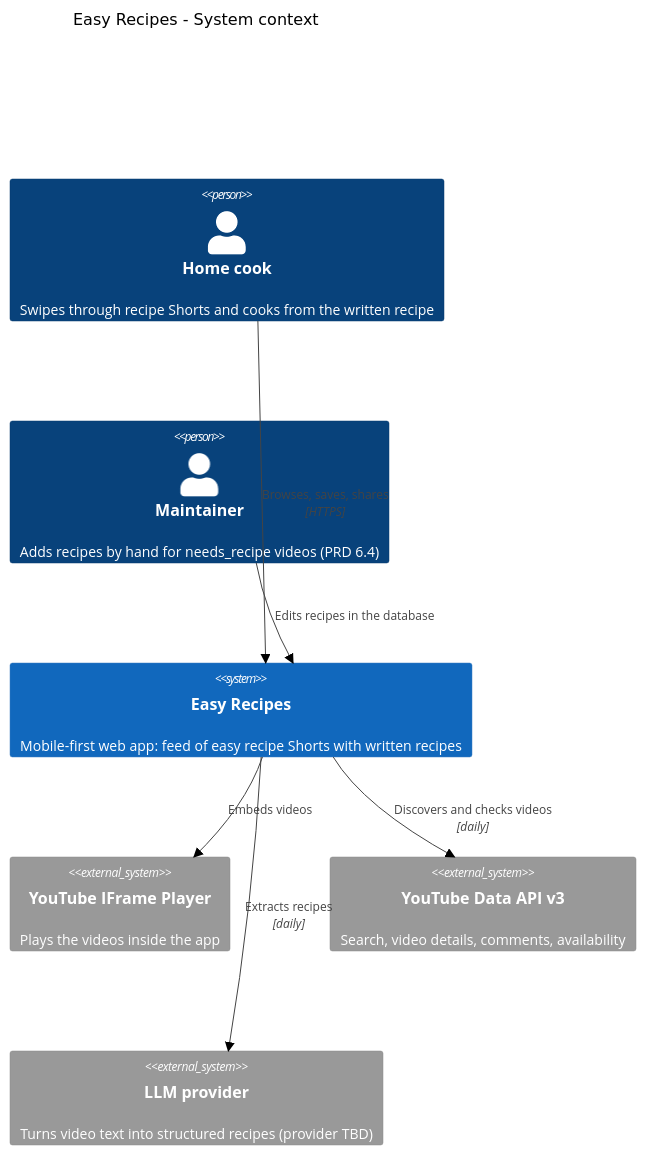
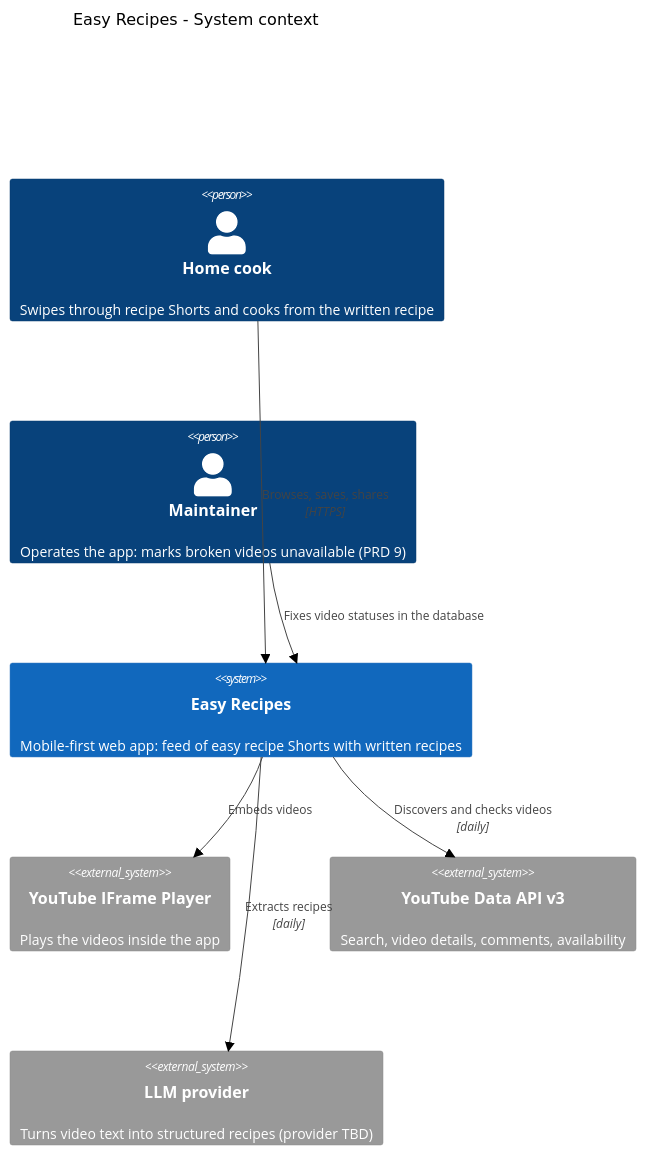
Before and after one commit to jpabloaljure/recipe: the diagram in docs/architecture/c4/01-system-context.md, drawn with Mermaid (forest theme). The commit also changed 11 other files, not shown here.

````diff
--- a/docs/architecture/c4/01-system-context.md
+++ b/docs/architecture/c4/01-system-context.md
@@ -7,19 +7,19 @@
 ```mermaid
 C4Context
   title Easy Recipes - System context
 
   Person(cook, "Home cook", "Swipes through recipe Shorts and cooks from the written recipe")
-  Person(maint, "Maintainer", "Adds recipes by hand for needs_recipe videos (PRD 6.4)")
+  Person(maint, "Maintainer", "Operates the app: marks broken videos unavailable (PRD 9)")
 
   System(easy, "Easy Recipes", "Mobile-first web app: feed of easy recipe Shorts with written recipes")
 
   System_Ext(ytp, "YouTube IFrame Player", "Plays the videos inside the app")
   System_Ext(yapi, "YouTube Data API v3", "Search, video details, comments, availability")
   System_Ext(llm, "LLM provider", "Turns video text into structured recipes (provider TBD)")
 
   Rel(cook, easy, "Browses, saves, shares", "HTTPS")
-  Rel(maint, easy, "Edits recipes in the database")
+  Rel(maint, easy, "Fixes video statuses in the database")
   Rel(easy, ytp, "Embeds videos")
   Rel(easy, yapi, "Discovers and checks videos", "daily")
   Rel(easy, llm, "Extracts recipes", "daily")
 ```
````
